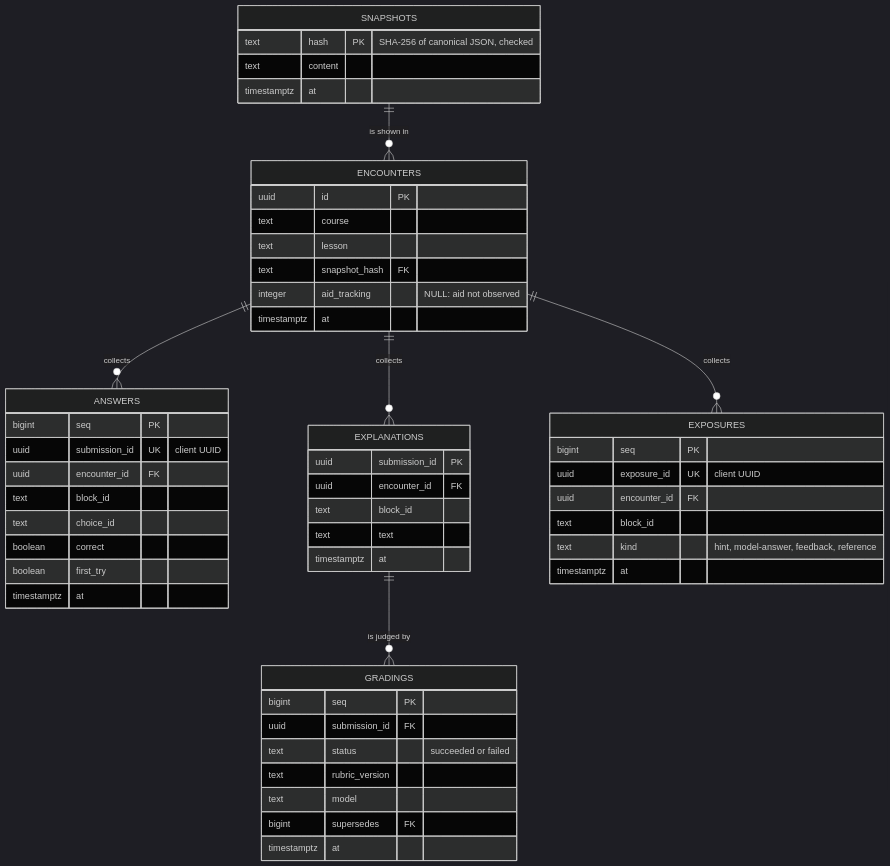
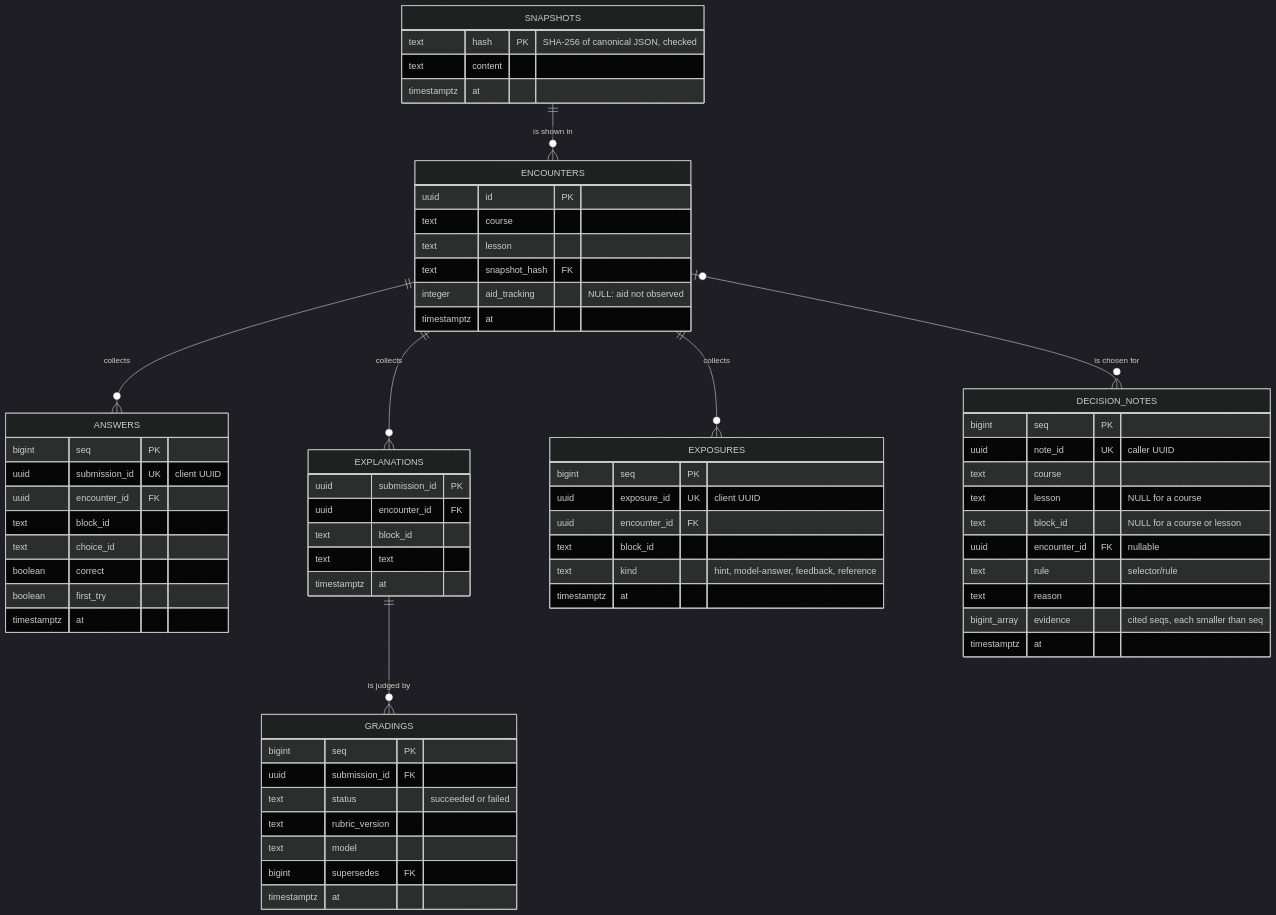
Before and after one commit to flyingrobots/school: the second of 3 diagrams in docs/topics/architecture/README.md, drawn with Mermaid (dark theme). The commit also changed other lines of this file and 12 other files, not shown here.

First line of the commit message:
Decision notes: record why each review item was chosen

````diff
--- a/docs/topics/architecture/README.md
+++ b/docs/topics/architecture/README.md
@@ -147,55 +161,68 @@
 ```mermaid
 erDiagram
     SNAPSHOTS ||--o{ ENCOUNTERS : "is shown in"
     ENCOUNTERS ||--o{ ANSWERS : "collects"
     ENCOUNTERS ||--o{ EXPLANATIONS : "collects"
     ENCOUNTERS ||--o{ EXPOSURES : "collects"
     EXPLANATIONS ||--o{ GRADINGS : "is judged by"
     SNAPSHOTS {
         text hash PK "SHA-256 of canonical JSON, checked"
         text content
         timestamptz at
     }
     ENCOUNTERS {
         uuid id PK
         text course
         text lesson
         text snapshot_hash FK
         integer aid_tracking "NULL: aid not observed"
         timestamptz at
     }
     ANSWERS {
         bigint seq PK
         uuid submission_id UK "client UUID"
         uuid encounter_id FK
         text block_id
         text choice_id
         boolean correct
         boolean first_try
         timestamptz at
     }
     EXPLANATIONS {
         uuid submission_id PK
         uuid encounter_id FK
         text block_id
         text text
         timestamptz at
     }
     GRADINGS {
         bigint seq PK
         uuid submission_id FK
         text status "succeeded or failed"
         text rubric_version
         text model
         bigint supersedes FK
         timestamptz at
     }
     EXPOSURES {
         bigint seq PK
         uuid exposure_id UK "client UUID"
         uuid encounter_id FK
         text block_id
         text kind "hint, model-answer, feedback, reference"
         timestamptz at
     }
+    ENCOUNTERS |o--o{ DECISION_NOTES : "is chosen for"
+    DECISION_NOTES {
+        bigint seq PK
+        uuid note_id UK "caller UUID"
+        text course
+        text lesson "NULL for a course"
+        text block_id "NULL for a course or lesson"
+        uuid encounter_id FK "nullable"
+        text rule "selector/rule"
+        text reason
+        bigint_array evidence "cited seqs, each smaller than seq"
+        timestamptz at
+    }
 ```
````
